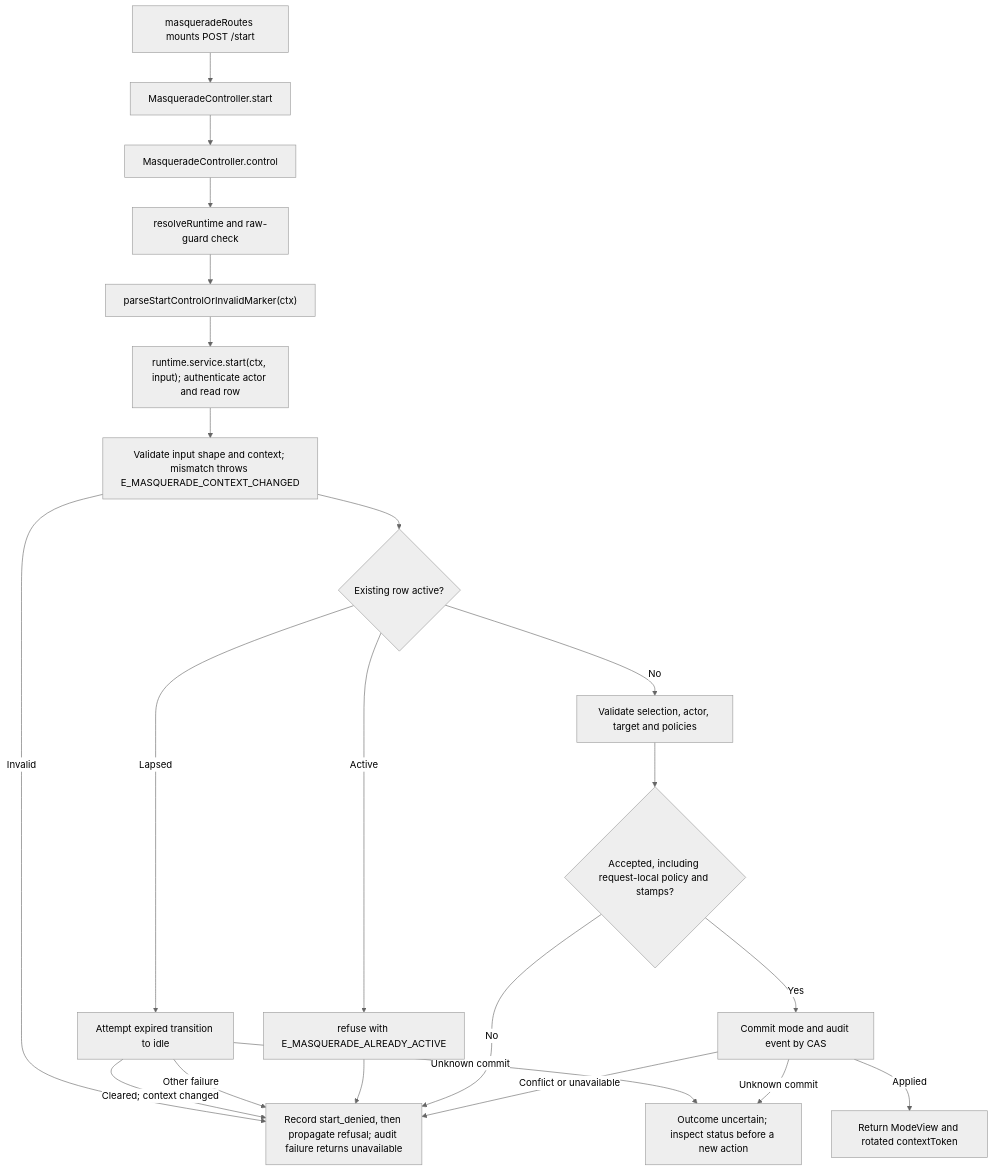
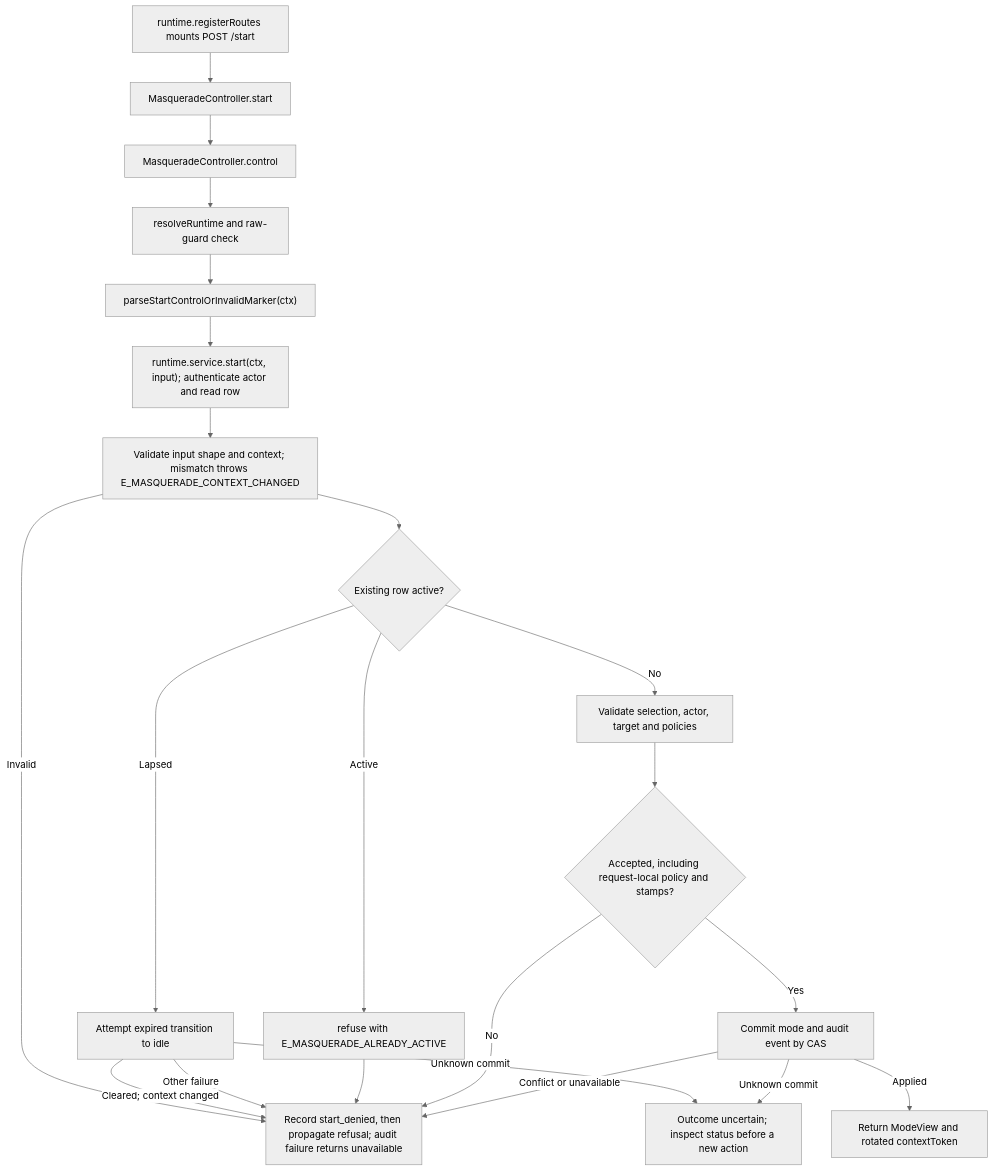
One commit to Kevinjohn/oss-adonisjs-masquerade changed the second of 2 diagrams in user-stories/start-stop-mode/us-actor-01-start-stop-mode.md. Above: the diagram before and after it, drawn with Mermaid (neutral theme). The commit also changed other lines of this file and 24 other files, not shown here.

First line of the commit message:
Register control routes through the runtime

````diff
--- a/user-stories/start-stop-mode/us-actor-01-start-stop-mode.md
+++ b/user-stories/start-stop-mode/us-actor-01-start-stop-mode.md
@@ -57,24 +57,24 @@
 ```mermaid
 flowchart TD
-    A["masqueradeRoutes mounts POST /start"] --> B["MasqueradeController.start"]
+    A["runtime.registerRoutes mounts POST /start"] --> B["MasqueradeController.start"]
     B --> C["MasqueradeController.control"]
     C --> D["resolveRuntime and raw-guard check"]
     D --> E["parseStartControlOrInvalidMarker(ctx)"]
     E --> F["runtime.service.start(ctx, input); authenticate actor and read row"]
     F --> G["Validate input shape and context; mismatch throws E_MASQUERADE_CONTEXT_CHANGED"]
     G -->|Invalid| I
     G --> L{"Existing row active?"}
     L -->|Lapsed| M["Attempt expired transition to idle"]
     M -->|Cleared; context changed| I
     M -->|Other failure| I
     M -->|Unknown commit| U
     L -->|Active| N["refuse with E_MASQUERADE_ALREADY_ACTIVE"]
     N --> I
     L -->|No| P["Validate selection, actor, target and policies"]
     P --> H{"Accepted, including request-local policy and stamps?"}
     H -->|No| I["Record start_denied, then propagate refusal; audit failure returns unavailable"]
     H -->|Yes| K["Commit mode and audit event by CAS"]
     K -->|Applied| J["Return ModeView and rotated contextToken"]
     K -->|Conflict or unavailable| I
     K -->|Unknown commit| U["Outcome uncertain; inspect status before a new action"]
 ```
````
